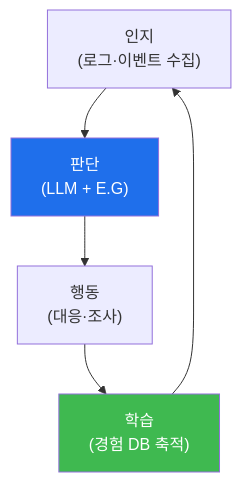
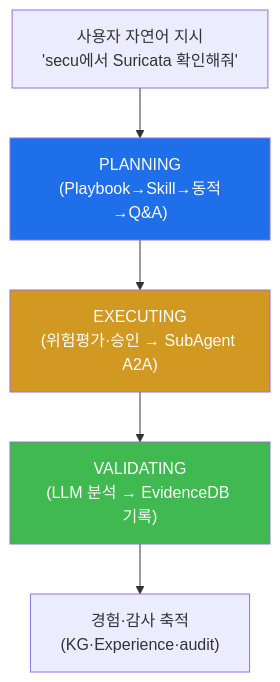
Before and after one commit to mrgrit/tw2: the diagram in contents/training/autonomous-security/lecture_week01.md, drawn with Mermaid. The commit also changed other lines of this file and 3 other files, not shown here.

````diff
--- a/contents/training/autonomous-security/lecture_week01.md
+++ b/contents/training/autonomous-security/lecture_week01.md
@@ -58,9 +58,10 @@
 ```mermaid
 graph TD
-    P["인지<br/>(로그·이벤트 수집)"] --> D["판단<br/>(LLM + E.G)"]
-    D --> A["행동<br/>(대응·조사)"]
-    A --> L["학습<br/>(경험 DB 축적)"]
-    L --> P
-    style D fill:#1f6feb,color:#fff
-    style L fill:#3fb950,color:#fff
+    U["사용자 자연어 지시<br/>'secu에서 Suricata 확인해줘'"] --> P["PLANNING<br/>(Playbook→Skill→동적→Q&A)"]
+    P --> E["EXECUTING<br/>(위험평가·승인 → SubAgent A2A)"]
+    E --> V["VALIDATING<br/>(LLM 분석 → EvidenceDB 기록)"]
+    V --> L["경험·감사 축적<br/>(KG·Experience·audit)"]
+    style P fill:#1f6feb,color:#fff
+    style E fill:#d29922,color:#fff
+    style V fill:#3fb950,color:#fff
 ```
````
